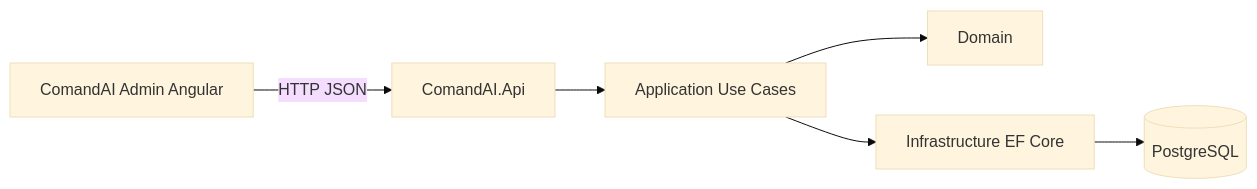
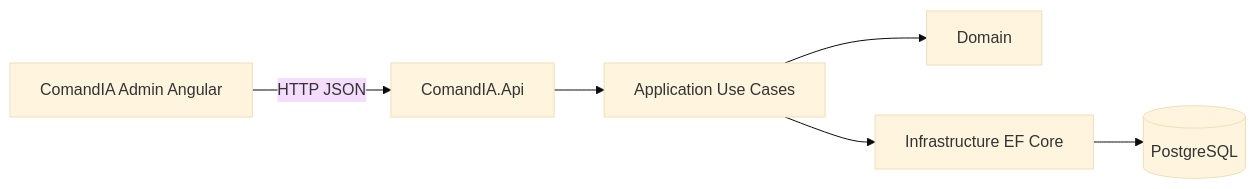
Before and after one commit to di-herrera/comandAiFrontend: the second of 2 diagrams in docs/architecture/diagrams.md, drawn with Mermaid (base theme). The commit also changed 18 other files, not shown here.

````diff
--- a/docs/architecture/diagrams.md
+++ b/docs/architecture/diagrams.md
@@ -21,8 +21,8 @@
 ```mermaid
 flowchart LR
-    A[ComandAI Admin Angular] -->|HTTP JSON| B[ComandAI.Api]
+    A[ComandIA Admin Angular] -->|HTTP JSON| B[ComandIA.Api]
     B --> C[Application Use Cases]
     C --> D[Domain]
     C --> E[Infrastructure EF Core]
     E --> F[(PostgreSQL)]
 ```
````
